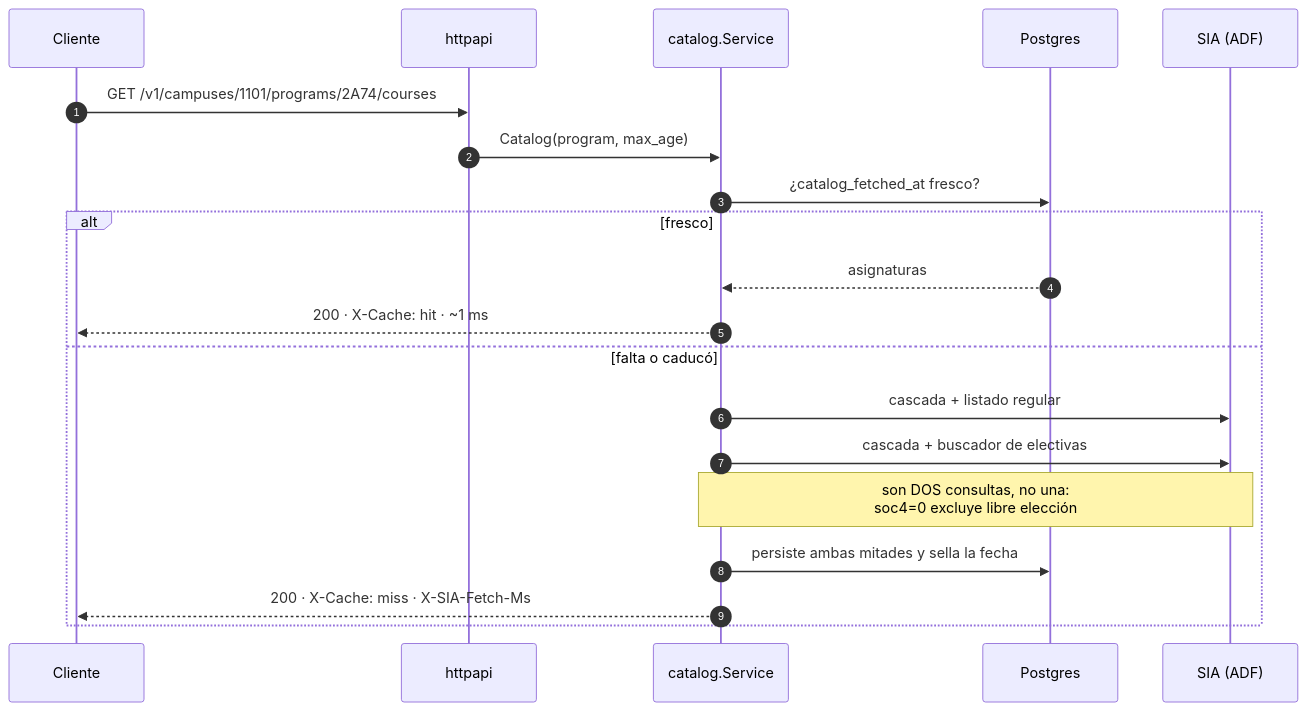
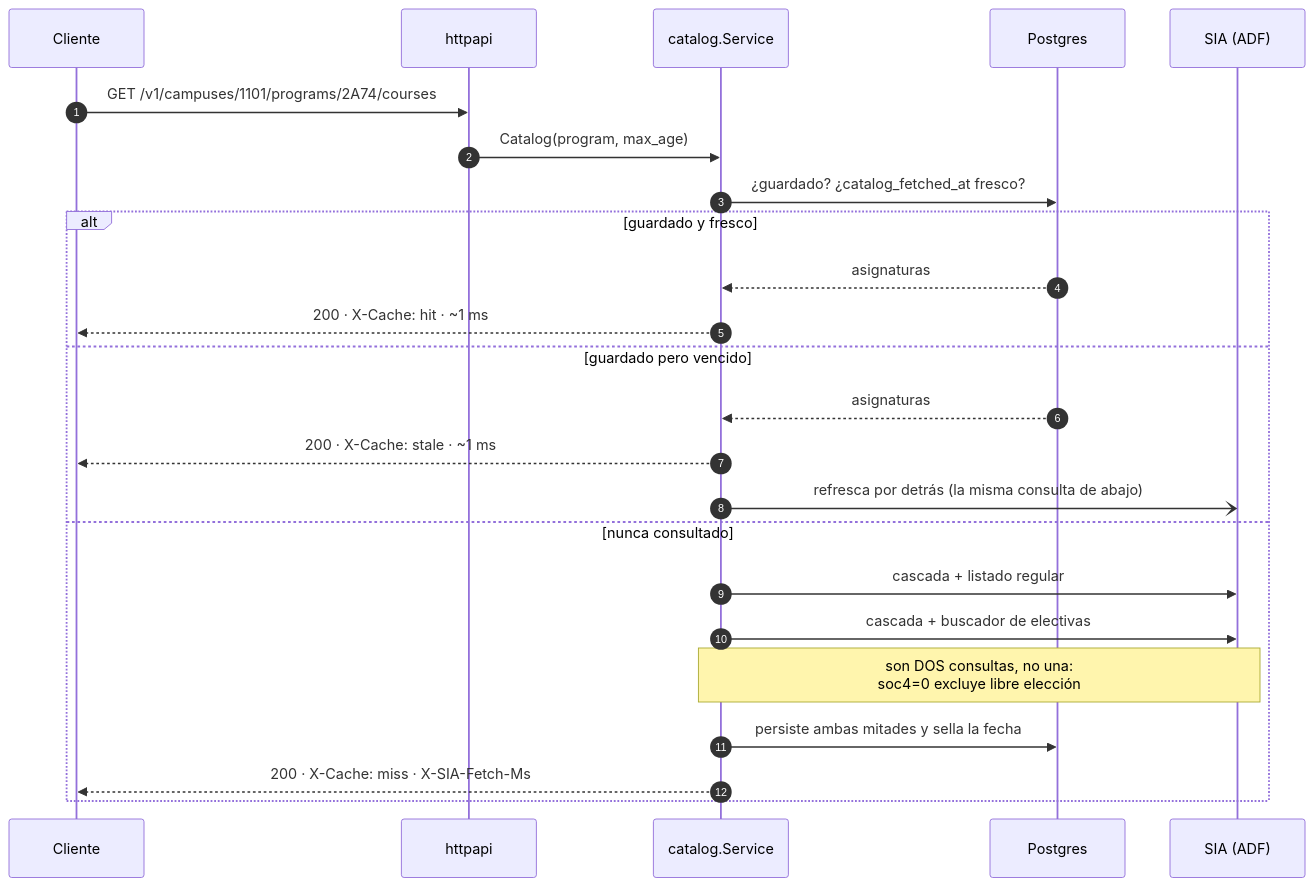
Before and after one commit to gabotachak/sia-unal-bridge: the diagram in README.es.md, drawn with Mermaid. The commit also changed other lines of this file and 2 other files, not shown here.

````diff
--- a/README.es.md
+++ b/README.es.md
@@ -210,23 +211,27 @@
 ```mermaid
 sequenceDiagram
     autonumber
     participant C as Cliente
     participant A as httpapi
     participant S as catalog.Service
     participant P as Postgres
     participant X as SIA (ADF)
 
     C->>A: GET /v1/campuses/1101/programs/2A74/courses
     A->>S: Catalog(program, max_age)
-    S->>P: ¿catalog_fetched_at fresco?
-    alt fresco
+    S->>P: ¿guardado? ¿catalog_fetched_at fresco?
+    alt guardado y fresco
         P-->>S: asignaturas
         S-->>C: 200 · X-Cache: hit · ~1 ms
-    else falta o caducó
+    else guardado pero vencido
+        P-->>S: asignaturas
+        S-->>C: 200 · X-Cache: stale · ~1 ms
+        S-)X: refresca por detrás (la misma consulta de abajo)
+    else nunca consultado
         S->>X: cascada + listado regular
         S->>X: cascada + buscador de electivas
         Note over S,X: son DOS consultas, no una:<br/>soc4=0 excluye libre elección
         S->>P: persiste ambas mitades y sella la fecha
         S-->>C: 200 · X-Cache: miss · X-SIA-Fetch-Ms
     end
 ```
````
